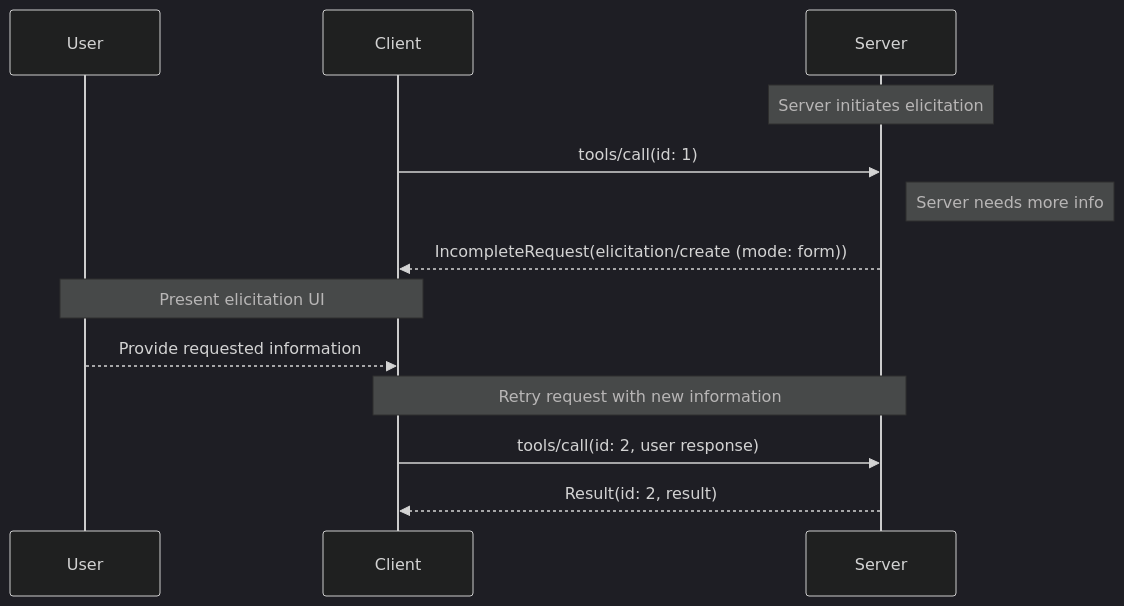
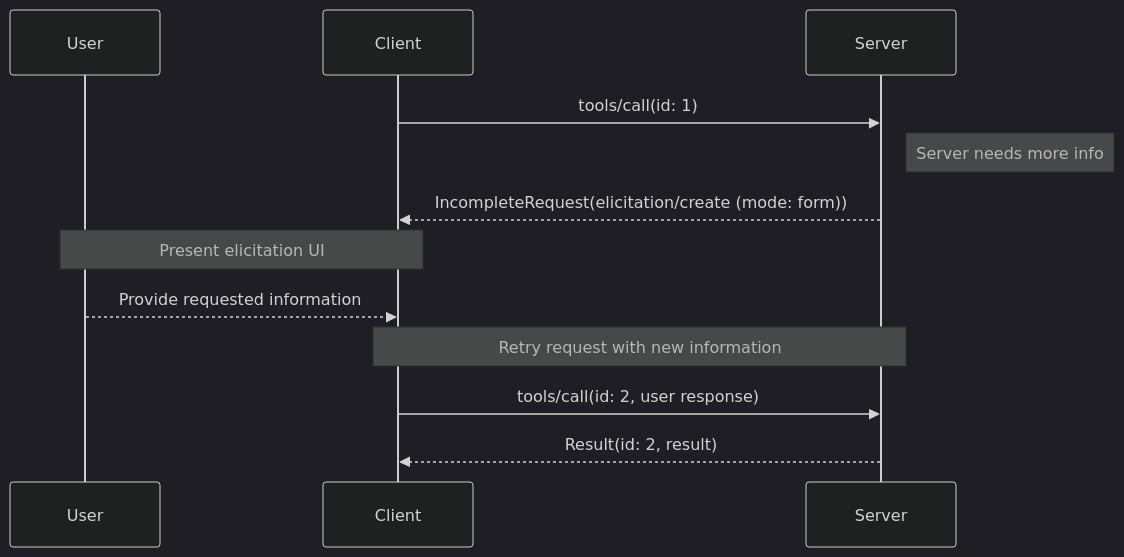
The first of 4 diagrams in docs/specification/draft/client/elicitation.mdx (modelcontextprotocol/modelcontextprotocol), drawn with Mermaid (dark theme) before and after one commit. The commit also changed 2 other files, not shown here.

Commit message:
update sampling

````diff
--- a/docs/specification/draft/client/elicitation.mdx
+++ b/docs/specification/draft/client/elicitation.mdx
@@ -478,18 +478,17 @@
 ```mermaid
 sequenceDiagram
     participant User
     participant Client
     participant Server
 
-    Note over Server: Server initiates elicitation
     Client->>Server: tools/call(id: 1)
     note right of Server: Server needs more info
     Server-->>Client: IncompleteRequest(elicitation/create (mode: form))
 
     Note over User,Client: Present elicitation UI
     User-->>Client: Provide requested information
 
     Note over Server,Client: Retry request with new information
     Client->>Server: tools/call(id: 2, user response)
     Server-->>Client: Result(id: 2, result)
 ```
````
